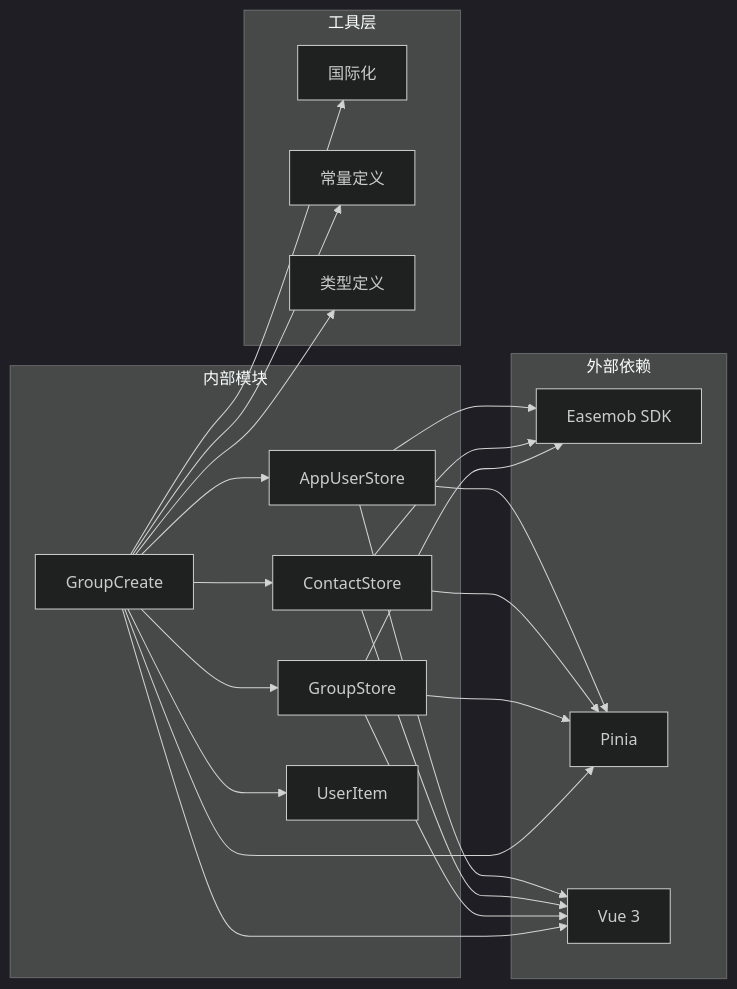
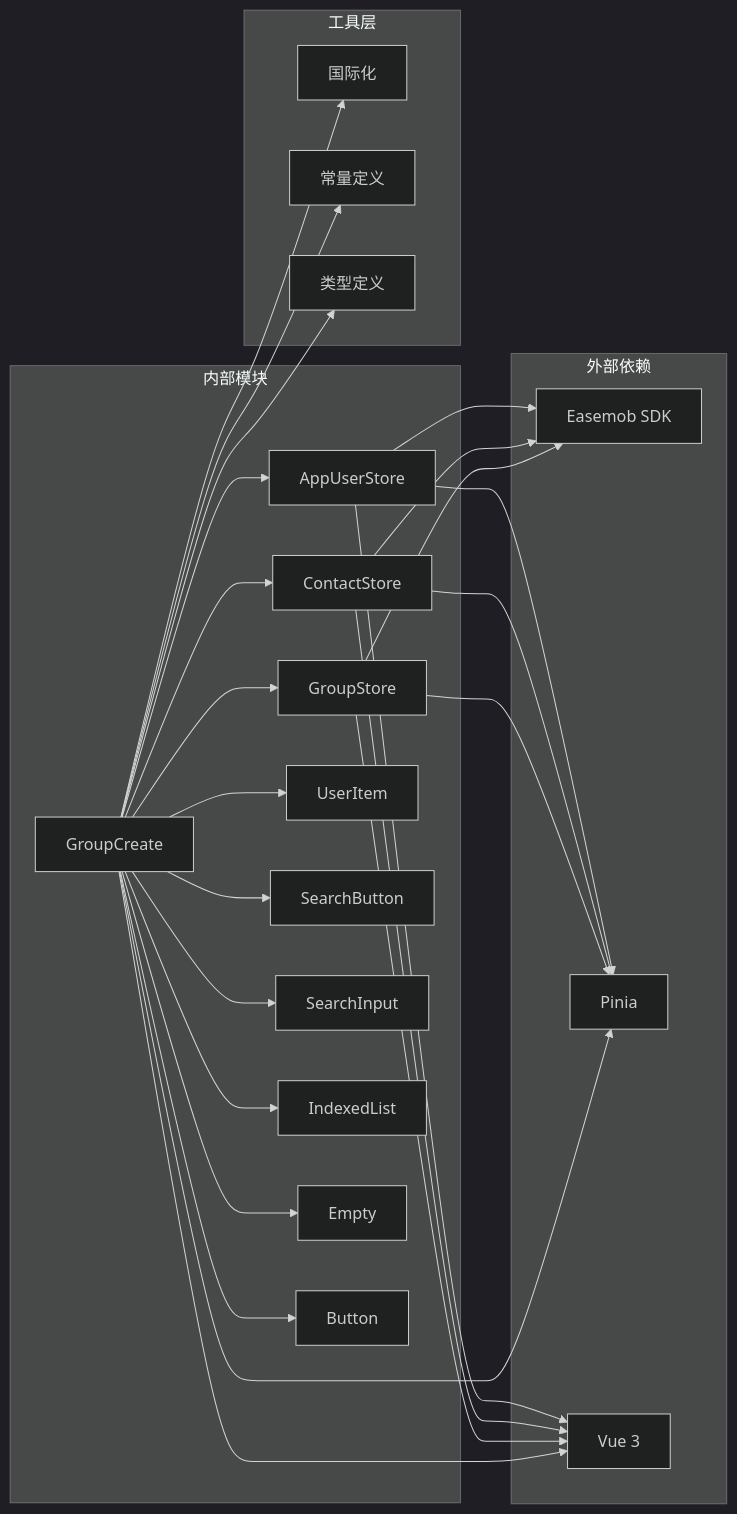
Before and after one commit to Easemob-Community/easemob-uikit-uniapp-community: the seventh of 9 diagrams in .qoder/repowiki/zh/content/群组模块/群组创建.md, drawn with Mermaid (dark theme). The commit also changed other lines of this file and 46 other files, not shown here.

````diff
--- a/.qoder/repowiki/zh/content/群组模块/群组创建.md
+++ b/.qoder/repowiki/zh/content/群组模块/群组创建.md
@@ -357,38 +404,48 @@
 ```mermaid
 graph LR
 subgraph "外部依赖"
 SDK[Easemob SDK]
 PINIA[Pinia]
 VUE[Vue 3]
 end
 subgraph "内部模块"
 GC[GroupCreate]
 GS[GroupStore]
 CS[ContactStore]
 AS[AppUserStore]
 US[UserItem]
+SB[SearchButton]
+SI[SearchInput]
+IL[IndexedList]
+EM[Empty]
+BTN[Button]
 end
 subgraph "工具层"
 LOCALE[国际化]
 CONST[常量定义]
 TYPES[类型定义]
 end
 GC --> GS
 GC --> CS
 GC --> AS
 GC --> US
+GC --> SB
+GC --> SI
+GC --> IL
+GC --> EM
+GC --> BTN
 GS --> SDK
 CS --> SDK
 AS --> SDK
 GC --> PINIA
 GS --> PINIA
 CS --> PINIA
 AS --> PINIA
 GC --> VUE
 GS --> VUE
 CS --> VUE
 AS --> VUE
 GC --> LOCALE
 GC --> CONST
 GC --> TYPES
 ```
````
